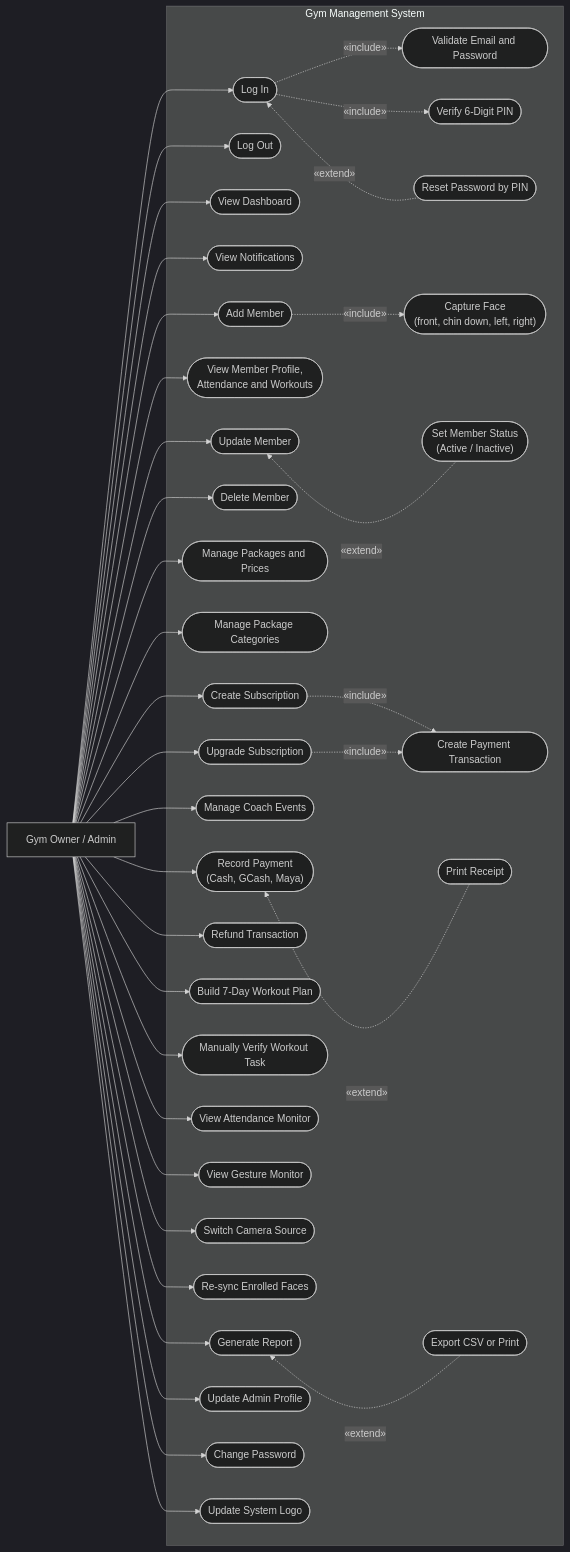
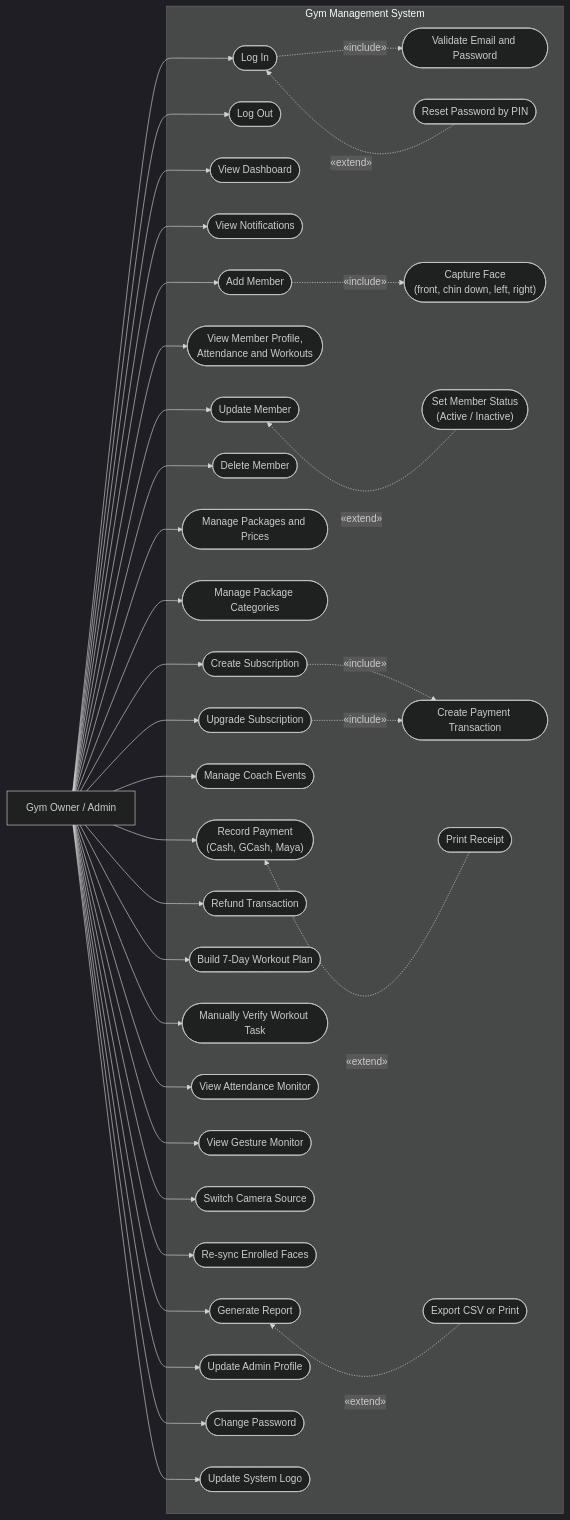
One commit to Plonteras191/GYM2-CAPSTONE changed the fifth of 9 diagrams in Updated Current Plan For Development/Chapter4_Diagrams (2).md. Above: the diagram before and after it, drawn with Mermaid (dark theme). The commit also changed other lines of this file and 2 other files, not shown here.

First line of the commit message:
docs: record the removal of the login verification step (item 25)

```diff
--- a/Updated Current Plan For Development/Chapter4_Diagrams (2).md
+++ b/Updated Current Plan For Development/Chapter4_Diagrams (2).md
@@ -273,7 +267,6 @@
     subgraph Boundary ["Gym Management System"]
         Login(["Log In"])
         ValCred(["Validate Email and Password"])
-        VerPin(["Verify 6-Digit PIN"])
         Reset(["Reset Password by PIN"])
         Logout(["Log Out"])
 
@@ -314,7 +307,6 @@
         Logo(["Update System Logo"])
 
         Login -.->|"«include»"| ValCred
-        Login -.->|"«include»"| VerPin
         Login ~~~ Reset
         Reset -.->|"«extend»"| Login
         AddMem -.->|"«include»"| Face
```
